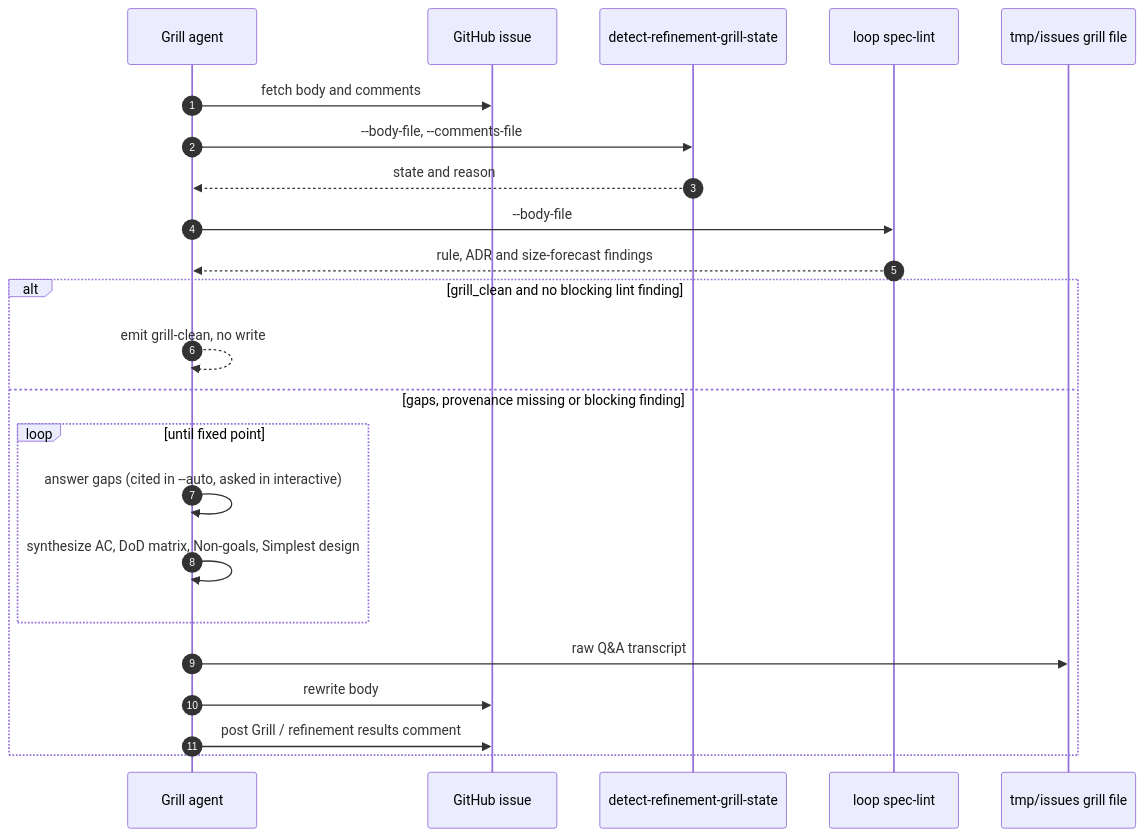
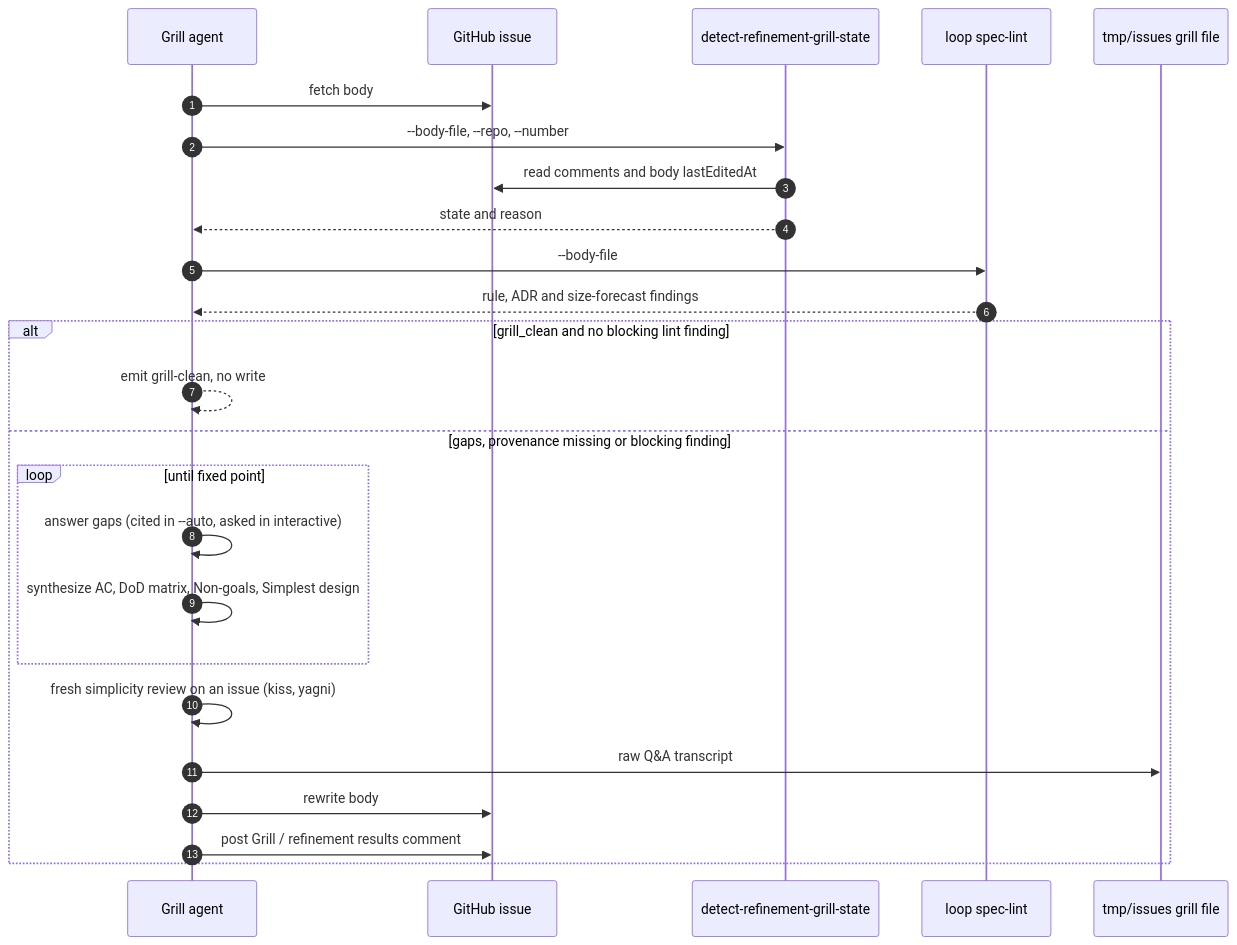
The fifth of 14 diagrams in docs/atlas/04-main-flows.md (mfittko/dev-loops), drawn with Mermaid before and after one commit. The commit also changed other lines of this file, not shown here.

First line of the commit message:
docs(atlas): refresh section 04-main-flows to f6619004d

````diff
--- a/docs/atlas/04-main-flows.md
+++ b/docs/atlas/04-main-flows.md
@@ -158,25 +158,27 @@
 ```mermaid
 sequenceDiagram
   autonumber
   participant G as Grill agent
   participant GH as GitHub issue
   participant Det as detect-refinement-grill-state
   participant Lint as loop spec-lint
   participant Tmp as tmp/issues grill file
-  G->>GH: fetch body and comments
-  G->>Det: --body-file, --comments-file
+  G->>GH: fetch body
+  G->>Det: --body-file, --repo, --number
+  Det->>GH: read comments and body lastEditedAt
   Det-->>G: state and reason
   G->>Lint: --body-file
   Lint-->>G: rule, ADR and size-forecast findings
   alt grill_clean and no blocking lint finding
     G-->>G: emit grill-clean, no write
   else gaps, provenance missing or blocking finding
     loop until fixed point
       G->>G: answer gaps (cited in --auto, asked in interactive)
       G->>G: synthesize AC, DoD matrix, Non-goals, Simplest design
     end
+    G->>G: fresh simplicity review on an issue (kiss, yagni)
     G->>Tmp: raw Q&A transcript
     G->>GH: rewrite body
     G->>GH: post Grill / refinement results comment
   end
 ```
````
